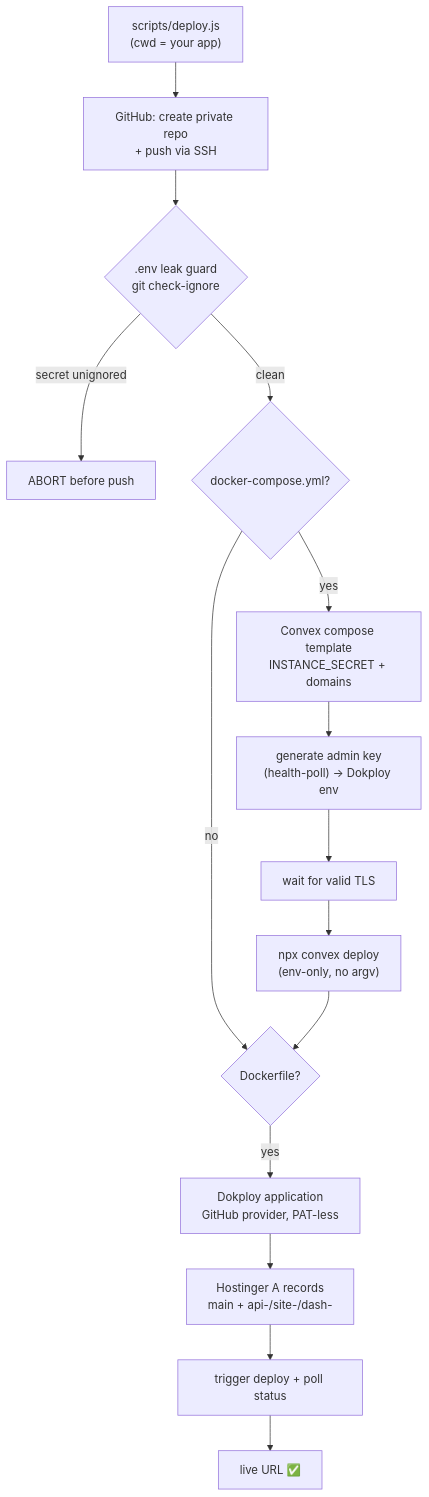
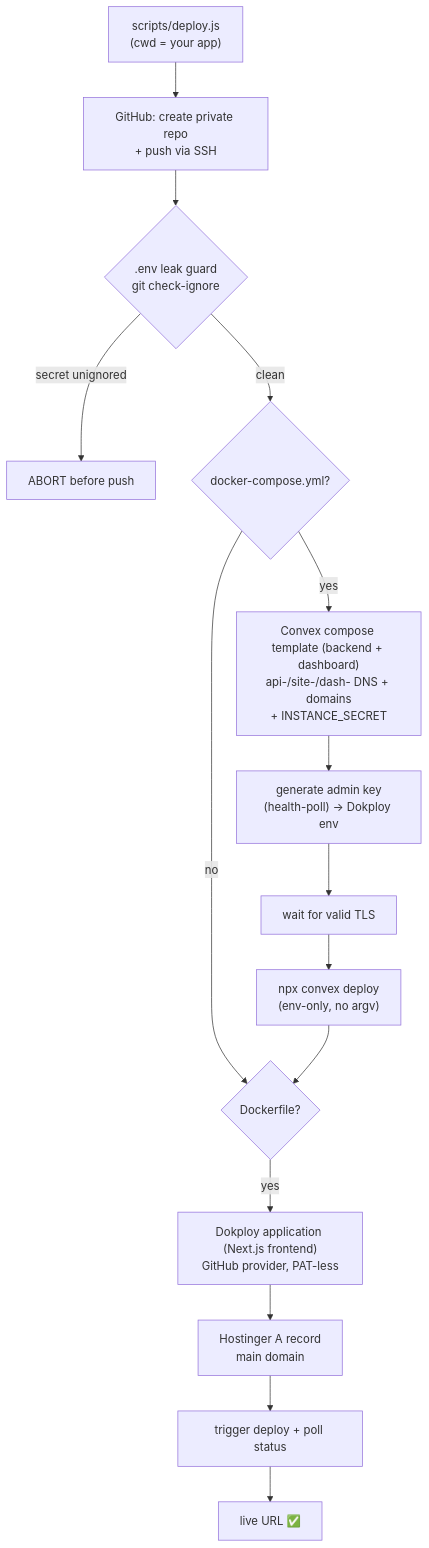
Before and after one commit to rahmanef63/si-coder-agent: the diagram in skills/use-si-coder/SKILL.md, drawn with Mermaid. The commit also changed other lines of this file and 22 other files, not shown here.

````diff
--- a/skills/use-si-coder/SKILL.md
+++ b/skills/use-si-coder/SKILL.md
@@ -36,17 +36,17 @@
 ```mermaid
 flowchart TD
     Start["scripts/deploy.js<br/>(cwd = your app)"] --> GH["GitHub: create private repo<br/>+ push via SSH"]
     GH --> Guard{".env leak guard<br/>git check-ignore"}
     Guard -->|secret unignored| Abort["ABORT before push"]
     Guard -->|clean| Compose{"docker-compose.yml?"}
-    Compose -->|yes| CVX["Convex compose template<br/>INSTANCE_SECRET + domains"]
+    Compose -->|yes| CVX["Convex compose template (backend + dashboard)<br/>api-/site-/dash- DNS + domains<br/>+ INSTANCE_SECRET"]
     CVX --> Key["generate admin key<br/>(health-poll) → Dokploy env"]
     Key --> TLS["wait for valid TLS"]
     TLS --> Schema["npx convex deploy<br/>(env-only, no argv)"]
     Compose -->|no| Dockerfile{"Dockerfile?"}
     Schema --> Dockerfile
-    Dockerfile -->|yes| App["Dokploy application<br/>GitHub provider, PAT-less"]
-    App --> DNS["Hostinger A records<br/>main + api-/site-/dash-"]
+    Dockerfile -->|yes| App["Dokploy application (Next.js frontend)<br/>GitHub provider, PAT-less"]
+    App --> DNS["Hostinger A record<br/>main domain"]
     DNS --> Poll["trigger deploy + poll status"]
     Poll --> Done["live URL ✅"]
 ```
````
